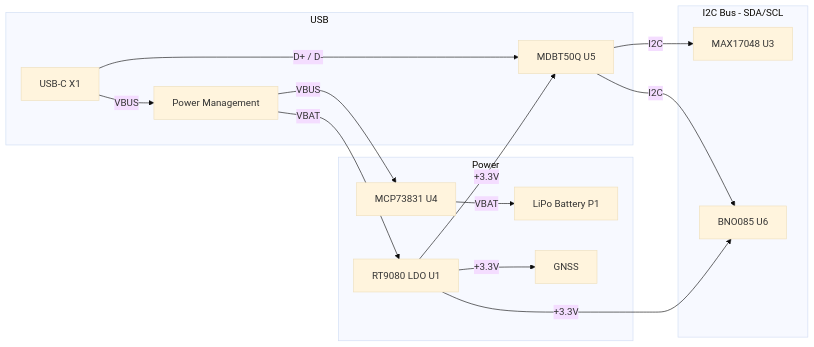
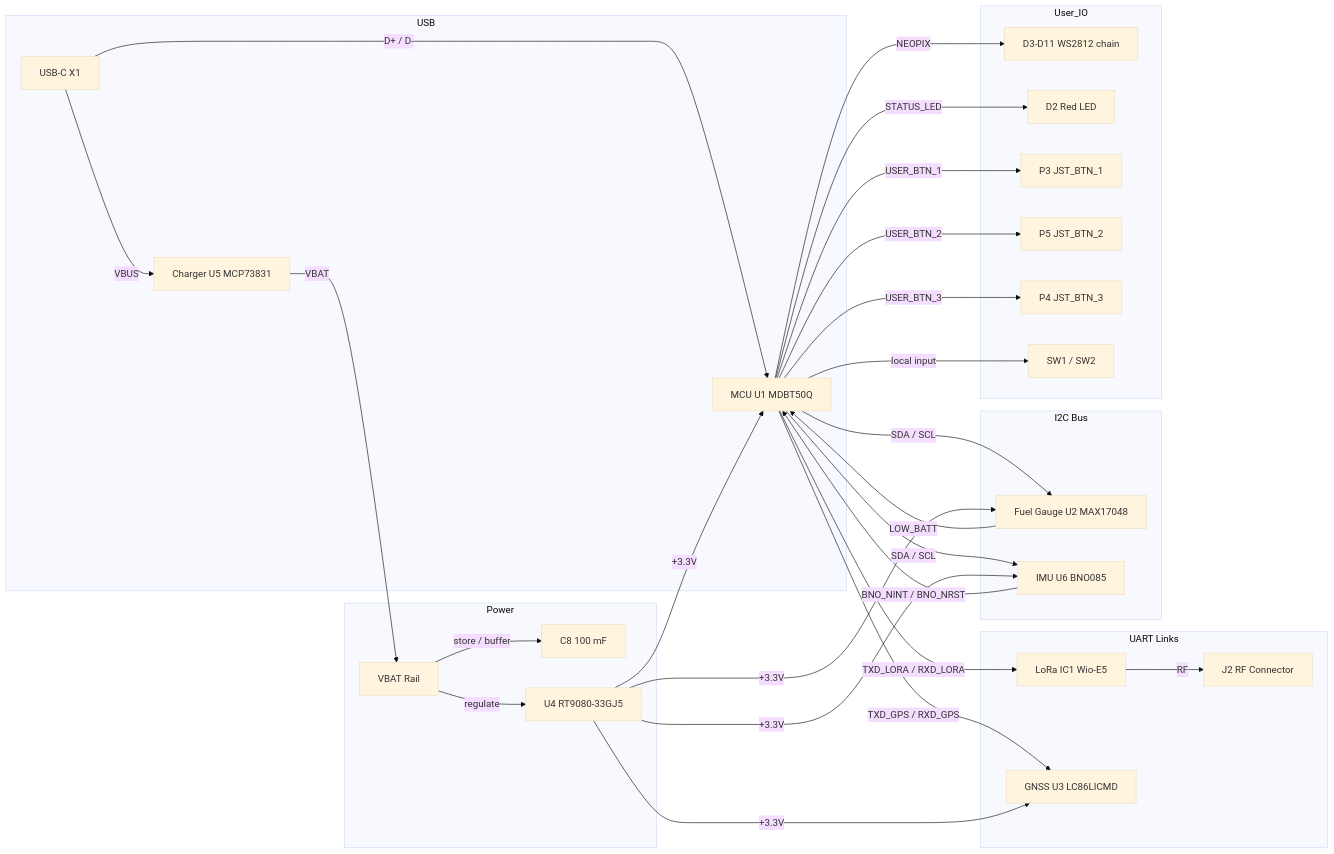
One commit to wildjames/smart_compass changed the diagram in Medallion_Board/board_components.md. Above: the diagram before and after it, drawn with Mermaid (base theme). The commit also changed other lines of this file and 7 other files, not shown here.

````diff
--- a/Medallion_Board/board_components.md
+++ b/Medallion_Board/board_components.md
@@ -7,21 +30,39 @@
 ```mermaid
 flowchart LR
     subgraph USB
-        USBC[USB-C X1] -->|D+ / D-| MCU[MDBT50Q U5]
-        USBC -->|VBUS| PWR[Power Management]
+        USBC[USB-C X1] -->|D+ / D-| MCU[MCU U1 MDBT50Q]
+        USBC -->|VBUS| CHARGER[Charger U5 MCP73831]
     end
 
-    subgraph "I2C_Bus"[I2C Bus - SDA/SCL]
-        MCU -->|I2C| FUEL[MAX17048 U3]
-        MCU -->|I2C| IMU[BNO085 U6]
+    subgraph "UART Links"
+        MCU -->|TXD_LORA / RXD_LORA| LORA[LoRa IC1 Wio-E5]
+        MCU -->|TXD_GPS / RXD_GPS| GNSS[GNSS U3 LC86LICMD]
+        LORA -->|RF| RF[J2 RF Connector]
+    end
+
+    subgraph "I2C Bus"
+        MCU -->|SDA / SCL| FUEL[Fuel Gauge U2 MAX17048]
+        MCU -->|SDA / SCL| IMU[IMU U6 BNO085]
+        FUEL -->|LOW_BATT| MCU
+        IMU -->|BNO_NINT / BNO_NRST| MCU
     end
 
     subgraph Power
-        PWR -->|VBUS| CHRG[MCP73831 U4]
-        CHRG -->|VBAT| BATTERY[LiPo Battery P1]
-        PWR -->|VBAT| VREG[RT9080 LDO U1]
-        VREG -->|+3.3V| MCU
-        VREG -->|+3.3V| GNSS
-        VREG -->|+3.3V| IMU
+        CHARGER -->|VBAT| VBAT[VBAT Rail]
+        VBAT -->|store / buffer| SUPERCAP[C8 100 mF]
+        VBAT -->|regulate| LDO[U4 RT9080-33GJ5]
+        LDO -->|+3.3V| MCU
+        LDO -->|+3.3V| GNSS
+        LDO -->|+3.3V| IMU
+        LDO -->|+3.3V| FUEL
+    end
+
+    subgraph User_IO
+        MCU -->|NEOPIX| LEDS[D3-D11 WS2812 chain]
+        MCU -->|STATUS_LED| STAT[D2 Red LED]
+        MCU -->|USER_BTN_1| BTN1[P3 JST_BTN_1]
+        MCU -->|USER_BTN_2| BTN2[P5 JST_BTN_2]
+        MCU -->|USER_BTN_3| BTN3[P4 JST_BTN_3]
+        MCU -->|local input| SW[SW1 / SW2]
     end
 ```
````
